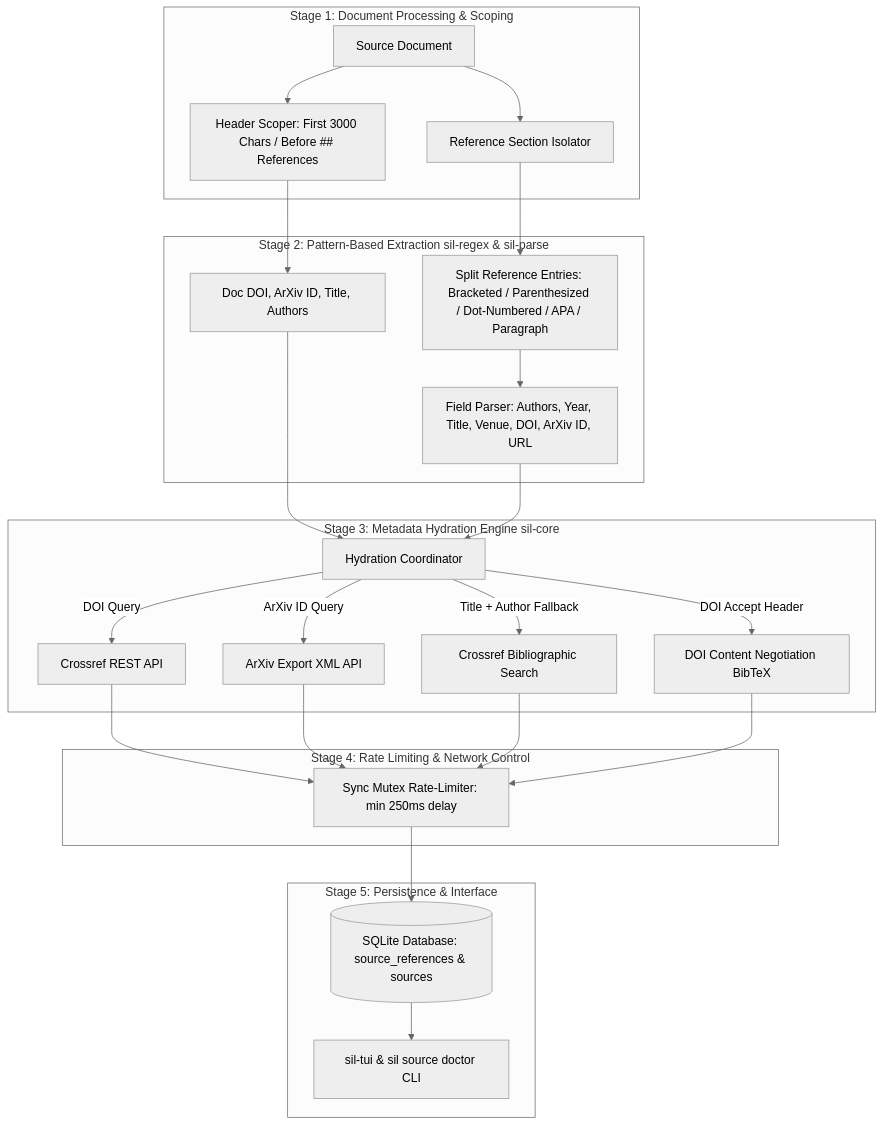
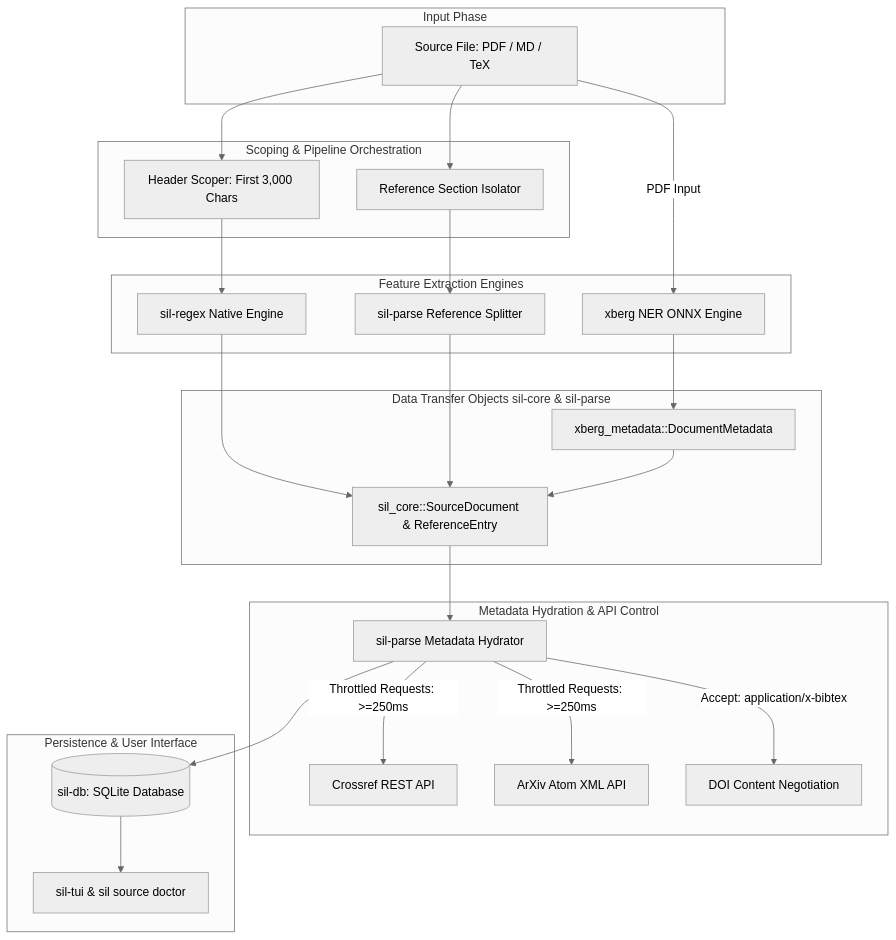
One commit to shizmag/scientist-in-loop changed the diagram in docs/reference_extraction_pipeline.md. Above: the diagram before and after it, drawn with Mermaid (neutral theme). The commit also changed other lines of this file, not shown here.

Commit message:
Add xberg integration, DTO definitions, and data flow details to pipeline docs

````diff
--- a/docs/reference_extraction_pipeline.md
+++ b/docs/reference_extraction_pipeline.md
@@ -7,30 +13,35 @@
 ```mermaid
 flowchart TD
-    subgraph Stage 1: Document Processing & Scoping
-        A[Source Document] --> B1[Header Scoper: First 3000 Chars / Before ## References]
-        A --> B2[Reference Section Isolator]
+    subgraph Input Phase
+        Doc[Source File: PDF / MD / TeX]
     end
 
-    subgraph Stage 2: Pattern-Based Extraction sil-regex & sil-parse
-        B1 --> C1[Doc DOI, ArXiv ID, Title, Authors]
-        B2 --> C2[Split Reference Entries: Bracketed / Parenthesized / Dot-Numbered / APA / Paragraph]
-        C2 --> C3[Field Parser: Authors, Year, Title, Venue, DOI, ArXiv ID, URL]
+    subgraph Scoping & Pipeline Orchestration
+        Doc --> HeaderScoper[Header Scoper: First 3,000 Chars]
+        Doc --> RefScoper[Reference Section Isolator]
     end
 
-    subgraph Stage 3: Metadata Hydration Engine sil-core
-        C1 & C3 --> D[Hydration Coordinator]
-        D -->|DOI Query| E1[Crossref REST API]
-        D -->|ArXiv ID Query| E2[ArXiv Export XML API]
-        D -->|Title + Author Fallback| E3[Crossref Bibliographic Search]
-        D -->|DOI Accept Header| E4[DOI Content Negotiation BibTeX]
+    subgraph Feature Extraction Engines
+        HeaderScoper --> NativeRegex[sil-regex Native Engine]
+        Doc -->|PDF Input| XbergEngine[xberg NER ONNX Engine]
+        RefScoper --> RefSplitter[sil-parse Reference Splitter]
     end
 
-    subgraph Stage 4: Rate Limiting & Network Control
-        E1 & E2 & E3 & E4 --> F[Sync Mutex Rate-Limiter: min 250ms delay]
+    subgraph Data Transfer Objects sil-core & sil-parse
+        XbergEngine --> XbergDTO[xberg_metadata::DocumentMetadata]
+        NativeRegex & RefSplitter --> CoreDTO[sil_core::SourceDocument & ReferenceEntry]
+        XbergDTO --> CoreDTO
     end
 
-    subgraph Stage 5: Persistence & Interface
-        F --> G[(SQLite Database: source_references & sources)]
-        G --> H[sil-tui & sil source doctor CLI]
+    subgraph Metadata Hydration & API Control
+        CoreDTO --> Hydration[sil-parse Metadata Hydrator]
+        Hydration -->|Throttled Requests: >=250ms| Crossref[Crossref REST API]
+        Hydration -->|Throttled Requests: >=250ms| ArXiv[ArXiv Atom XML API]
+        Hydration -->|Accept: application/x-bibtex| ContentNeg[DOI Content Negotiation]
+    end
+
+    subgraph Persistence & User Interface
+        Hydration --> SQLite[(sil-db: SQLite Database)]
+        SQLite --> TUI[sil-tui & sil source doctor]
     end
 ```
````
